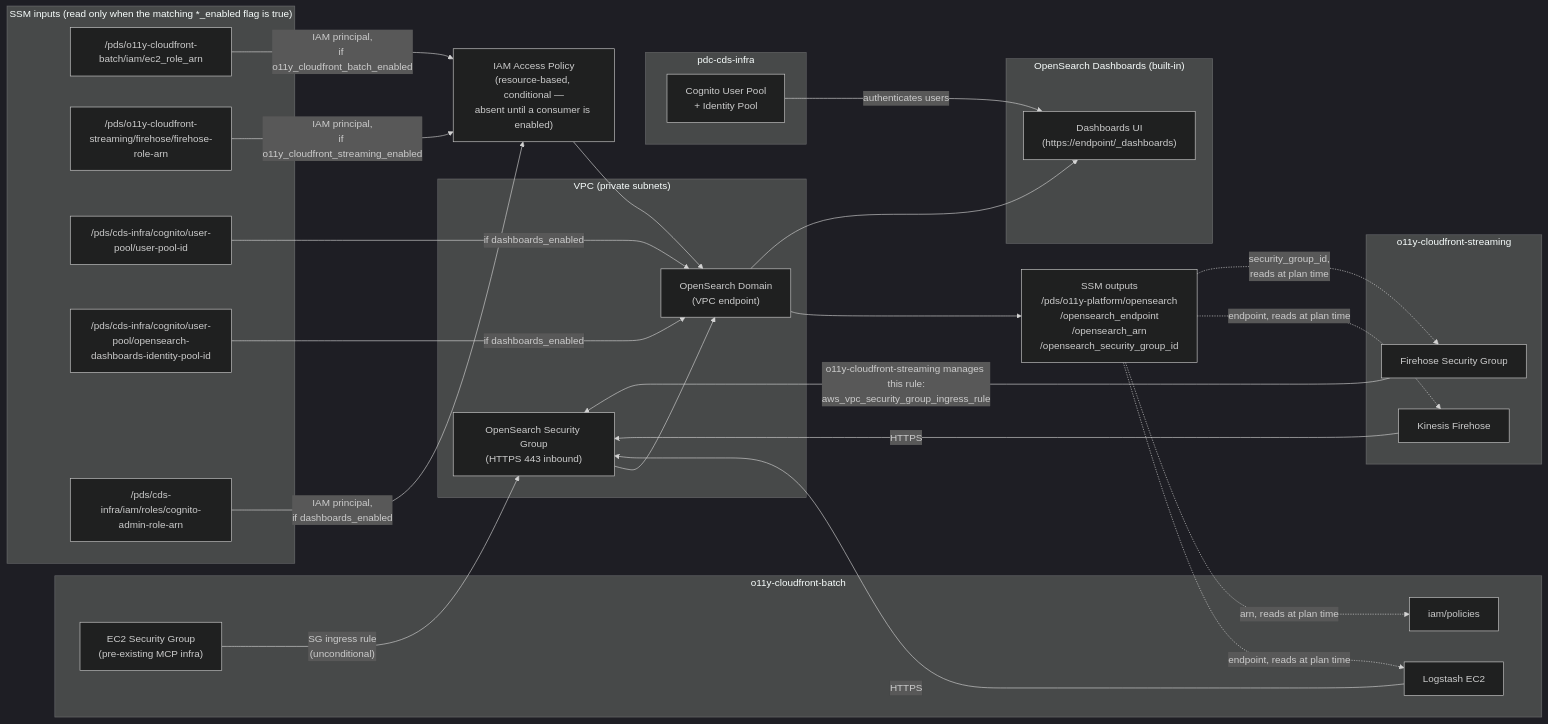
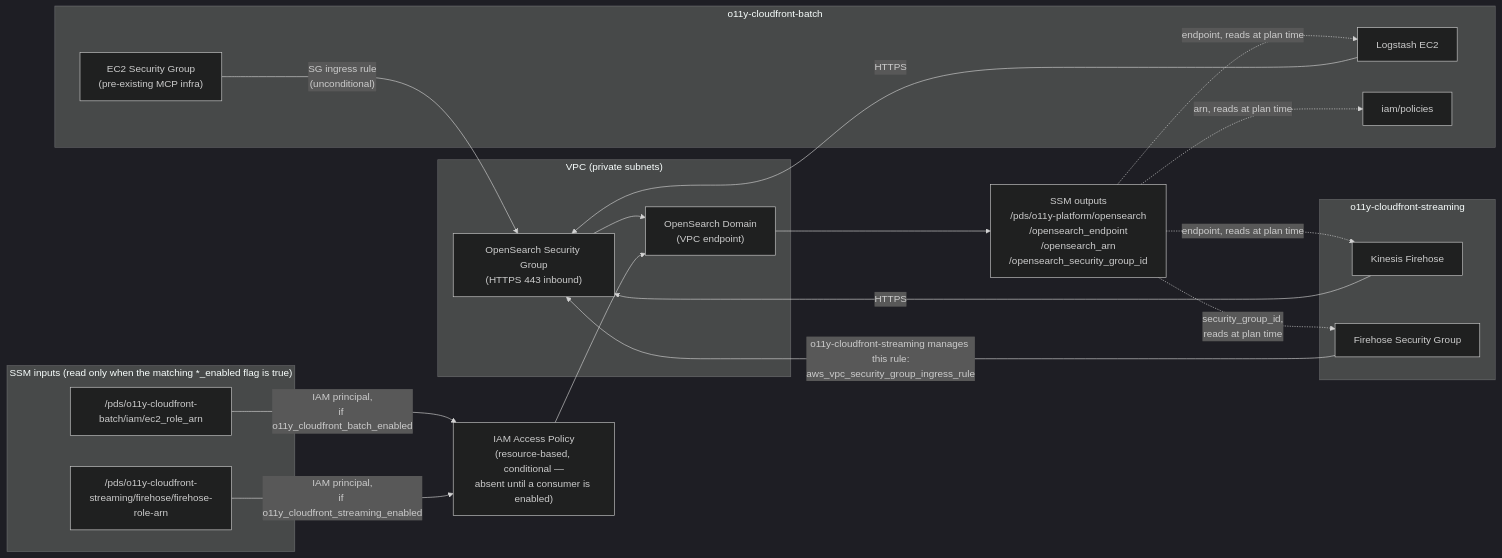
One commit to NASA-PDS/o11y-platform changed the first of 2 diagrams in terraform/README.md. Above: the diagram before and after it, drawn with Mermaid (dark theme). The commit also changed other lines of this file and 12 other files, not shown here.

First line of the commit message:
Remove Cognito/Dashboards infra, add OpenSearch UI Application docs

````diff
--- a/terraform/README.md
+++ b/terraform/README.md
@@ -7,56 +7,40 @@
 ```mermaid
 flowchart LR
     subgraph vpc["VPC (private subnets)"]
         SG["OpenSearch Security Group\n(HTTPS 443 inbound)"]
         OS["OpenSearch Domain\n(VPC endpoint)"]
     end
 
     subgraph ssm_in["SSM inputs (read only when the matching *_enabled flag is true)"]
         EC2ARN["/pds/o11y-cloudfront-batch/iam/ec2_role_arn"]
         FHARN["/pds/o11y-cloudfront-streaming/firehose/firehose-role-arn"]
-        COGUP["/pds/cds-infra/cognito/user-pool/user-pool-id"]
-        COGIP["/pds/cds-infra/cognito/user-pool/opensearch-dashboards-identity-pool-id"]
-        COGAR["/pds/cds-infra/iam/roles/cognito-admin-role-arn"]
     end
 
     POL["IAM Access Policy\n(resource-based, conditional —\nabsent until a consumer is enabled)"]
     SSM_OUT["SSM outputs\n/pds/o11y-platform/opensearch\n/opensearch_endpoint\n/opensearch_arn\n/opensearch_security_group_id"]
 
     subgraph wa["o11y-cloudfront-batch"]
         LS["Logstash EC2"]
         EC2SG["EC2 Security Group\n(pre-existing MCP infra)"]
         WAIAM["iam/policies"]
     end
 
     subgraph cf["o11y-cloudfront-streaming"]
         FH["Kinesis Firehose"]
         FHSG["Firehose Security Group"]
     end
 
-    subgraph dash["OpenSearch Dashboards (built-in)"]
-        DB["Dashboards UI\n(https://endpoint/_dashboards)"]
-    end
-
-    subgraph cds["pdc-cds-infra"]
-        COGPOOL["Cognito User Pool\n+ Identity Pool"]
-    end
-
     EC2SG -->|"SG ingress rule\n(unconditional)"| SG
     SG --> OS
     EC2ARN -->|"IAM principal,\nif o11y_cloudfront_batch_enabled"| POL
     FHARN -->|"IAM principal,\nif o11y_cloudfront_streaming_enabled"| POL
-    COGAR -->|"IAM principal,\nif dashboards_enabled"| POL
-    COGUP -->|"if dashboards_enabled"| OS
-    COGIP -->|"if dashboards_enabled"| OS
     POL --> OS
     OS --> SSM_OUT
-    OS --> DB
-    COGPOOL -->|"authenticates users"| DB
     SSM_OUT -.->|"endpoint, reads at plan time"| LS
     SSM_OUT -.->|"endpoint, reads at plan time"| FH
     SSM_OUT -.->|"arn, reads at plan time"| WAIAM
     SSM_OUT -.->|"security_group_id,\nreads at plan time"| FHSG
     FHSG -->|"o11y-cloudfront-streaming manages this rule:\naws_vpc_security_group_ingress_rule"| SG
     LS -->|"HTTPS"| SG
     FH -->|"HTTPS"| SG
 ```
````
